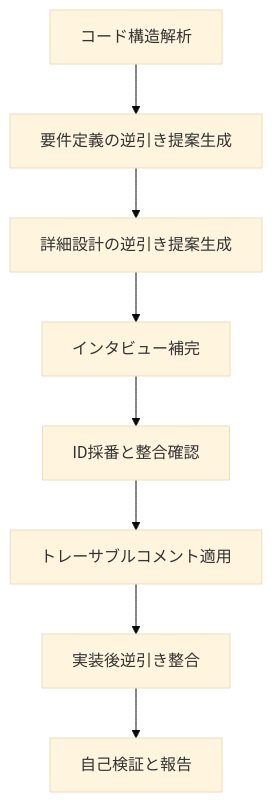
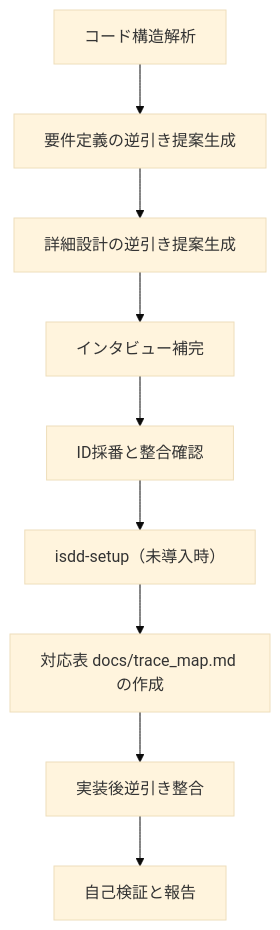
One commit to notfolder/isdd changed the third of 4 diagrams in README.md. Above: the diagram before and after it, drawn with Mermaid (base theme). The commit also changed other lines of this file and 72 other files, not shown here.

````diff
--- a/README.md
+++ b/README.md
@@ -111,13 +116,14 @@
 ```mermaid
 graph TD
     A[コード構造解析]
     B[要件定義の逆引き提案生成]
     C[詳細設計の逆引き提案生成]
     D[インタビュー補完]
     E[ID採番と整合確認]
-    F[トレーサブルコメント適用]
+    E2[isdd-setup（未導入時）]
+    F[対応表 docs/trace_map.md の作成]
     G[実装後逆引き整合]
     H[自己検証と報告]
 
-    A --> B --> C --> D --> E --> F --> G --> H
+    A --> B --> C --> D --> E --> E2 --> F --> G --> H
 ```
````
